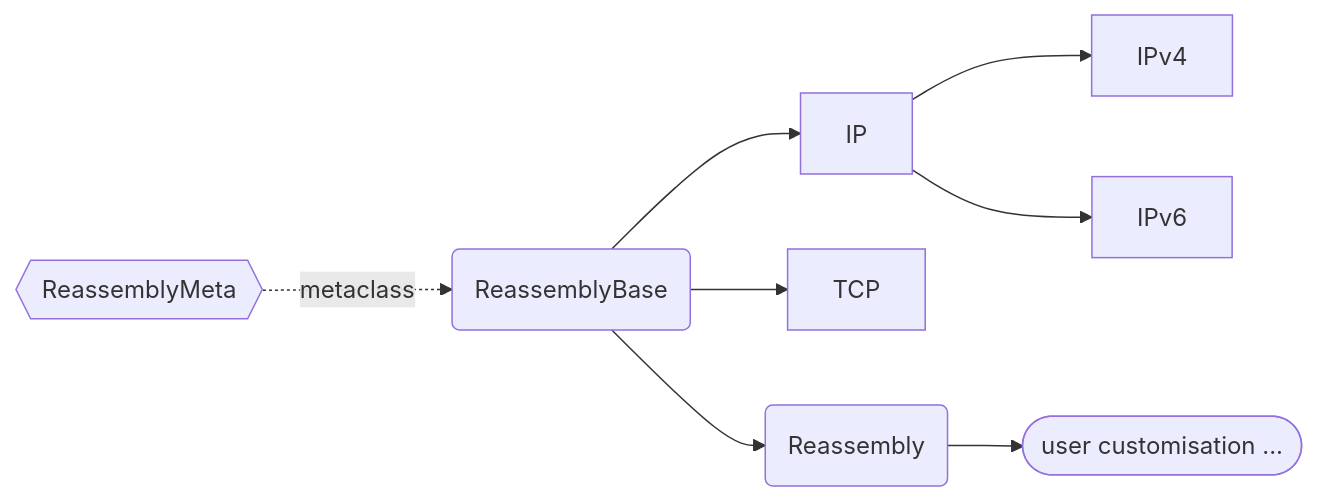
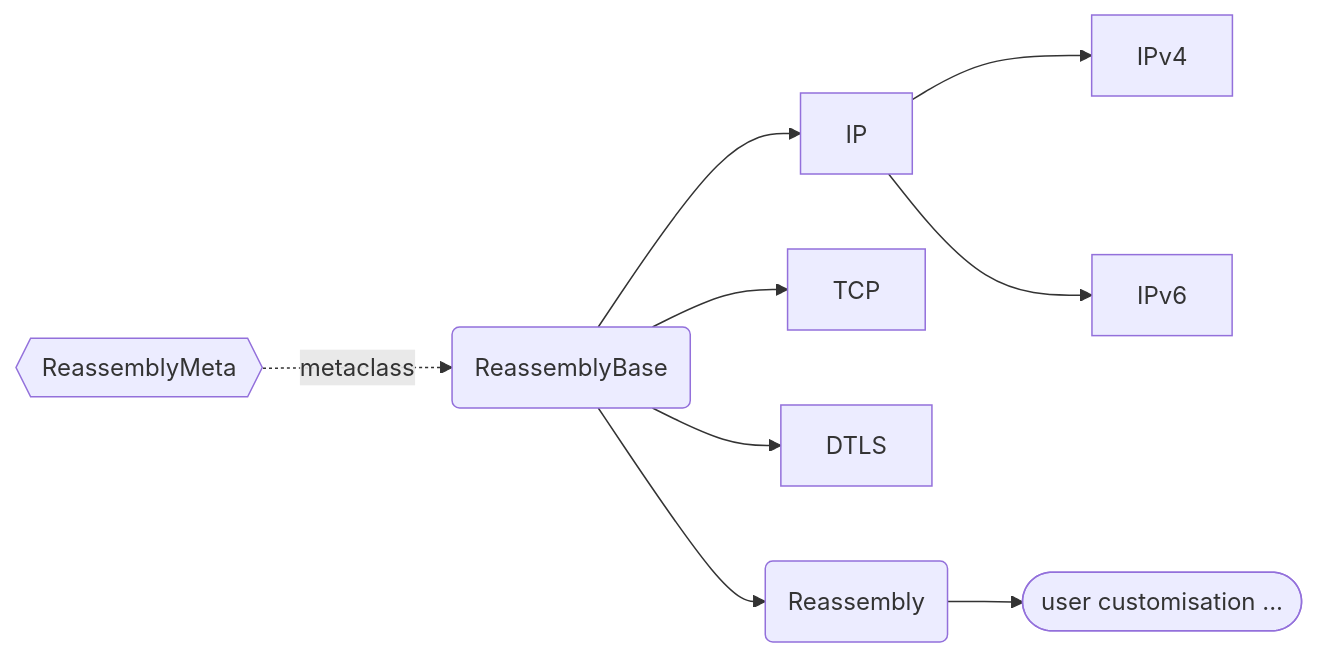
One commit to JarryShaw/PyPCAPKit changed the diagram in docs/source/pcapkit/foundation/reassembly/index.rst. Above: the diagram before and after it, drawn with Mermaid. The commit also changed other lines of this file and 13 other files, not shown here.

First line of the commit message:
feat(foundation): reassemble fragmented DTLS handshake messages (#2440)

```diff
--- a/docs/source/pcapkit/foundation/reassembly/index.rst
+++ b/docs/source/pcapkit/foundation/reassembly/index.rst
@@ -28,20 +29,21 @@
 .. mermaid::
 
    flowchart LR
        A{{ReassemblyMeta}} -.->|metaclass| B(ReassemblyBase)
 
-       B --> IP & TCP
+       B --> IP & TCP & DTLS
        IP --> IPv4 & IPv6
 
        B --> C(Reassembly)
        C --> D([user customisation ...])
 
        click A "reassembly.html#pcapkit.foundation.reassembly.reassembly.ReassemblyMeta"
        click B "reassembly.html#pcapkit.foundation.reassembly.reassembly.ReassemblyBase"
        click C "reassembly.html#pcapkit.foundation.reassembly.reassembly.Reassembly"
        click D "../../../ext.html#reassembly-and-flow-tracing"
 
        click IP "ip/ip.html#pcapkit.foundation.reassembly.ip.IP"
        click IPv4 "ip/ipv4.html#pcapkit.foundation.reassembly.ipv4.IPv4"
        click IPv6 "ip/ipv6.html#pcapkit.foundation.reassembly.ipv6.IPv6"
        click TCP "tcp.html#pcapkit.foundation.reassembly.tcp.TCP"
+       click DTLS "dtls.html#pcapkit.foundation.reassembly.dtls.DTLS"
```
